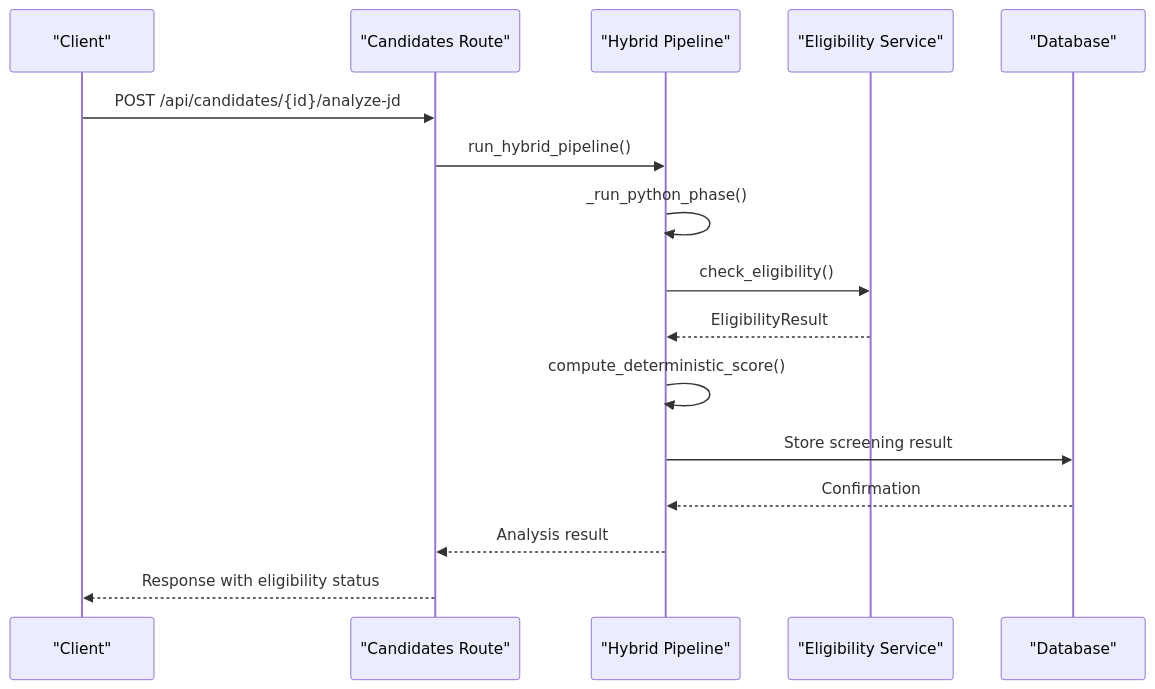
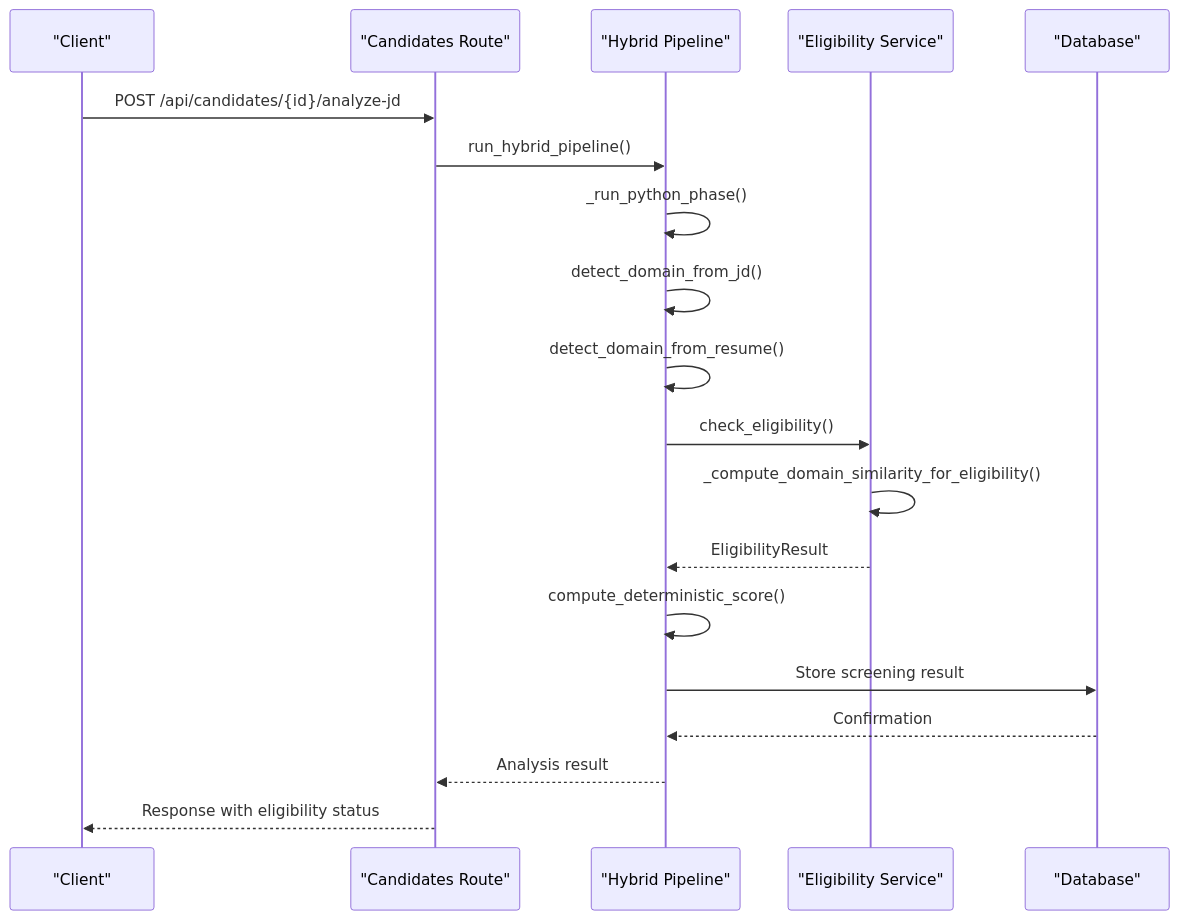
The fourth of 8 diagrams in .qoder/repowiki/en/content/Analysis Engine/Eligibility Engine.md (Revanththetalogics/aireume), drawn with Mermaid before and after one commit. The commit also changed other lines of this file and 41 other files, not shown here.

````diff
--- a/.qoder/repowiki/en/content/Analysis Engine/Eligibility Engine.md
+++ b/.qoder/repowiki/en/content/Analysis Engine/Eligibility Engine.md
@@ -108,18 +146,21 @@
 ```mermaid
 sequenceDiagram
 participant Client as "Client"
 participant Routes as "Candidates Route"
 participant Pipeline as "Hybrid Pipeline"
 participant Eligibility as "Eligibility Service"
 participant DB as "Database"
 Client->>Routes : POST /api/candidates/{id}/analyze-jd
 Routes->>Pipeline : run_hybrid_pipeline()
 Pipeline->>Pipeline : _run_python_phase()
+Pipeline->>Pipeline : detect_domain_from_jd()
+Pipeline->>Pipeline : detect_domain_from_resume()
 Pipeline->>Eligibility : check_eligibility()
+Eligibility->>Eligibility : _compute_domain_similarity_for_eligibility()
 Eligibility-->>Pipeline : EligibilityResult
 Pipeline->>Pipeline : compute_deterministic_score()
 Pipeline->>DB : Store screening result
 DB-->>Pipeline : Confirmation
 Pipeline-->>Routes : Analysis result
 Routes-->>Client : Response with eligibility status
 ```
````
